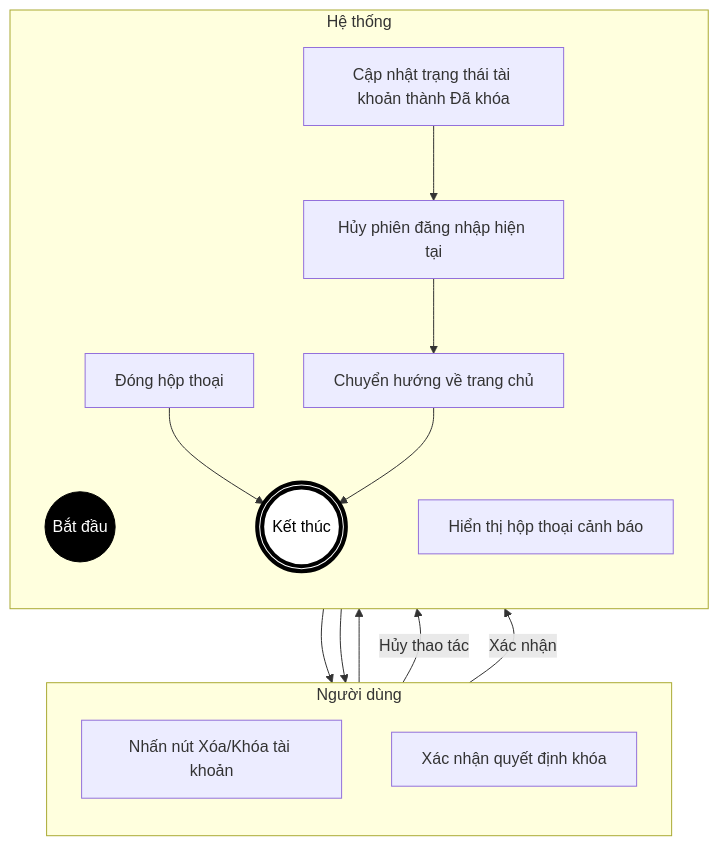
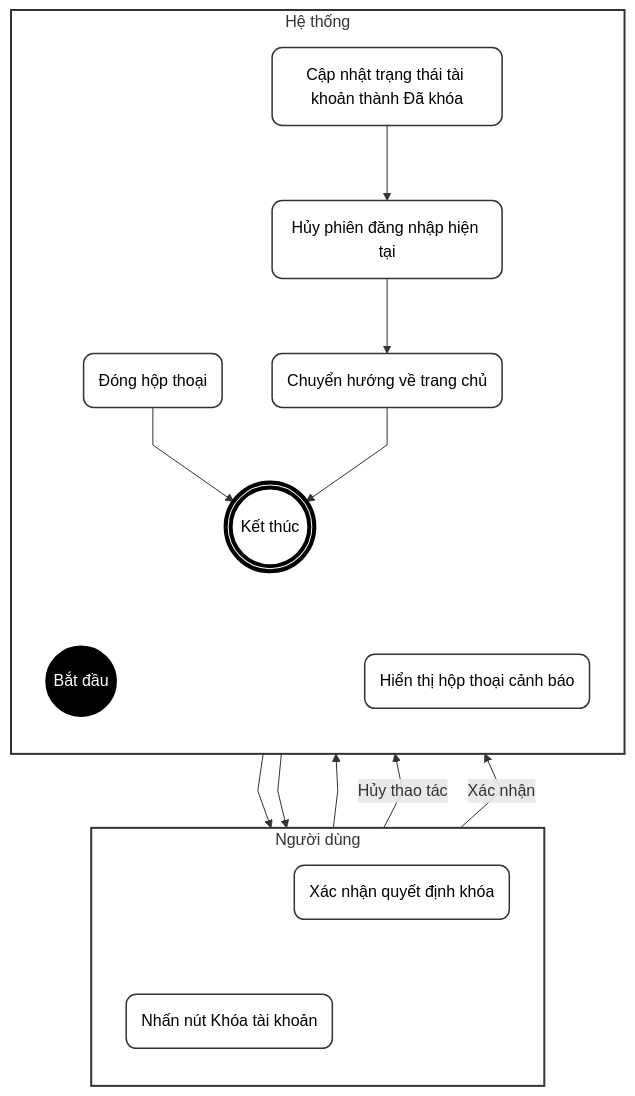
One commit to ChuDucAnh21/BE-quan-ly-su-kien changed the ninth of 9 diagrams in doc/system_analysis/activity diagram/08a_activity_auth_profile.md. Above: the diagram before and after it, drawn with Mermaid. The commit also changed other lines of this file and 26 other files, not shown here.

````diff
--- a/doc/system_analysis/activity diagram/08a_activity_auth_profile.md
+++ b/doc/system_analysis/activity diagram/08a_activity_auth_profile.md
@@ -420,33 +493,52 @@
 ```mermaid
+%%{init: {"flowchart": {"curve": "linear"}}}%%
 flowchart TD
+    classDef default fill:#fff,stroke:#333,stroke-width:1.5px,color:#000,rx:10px,ry:10px;
     classDef startNode fill:#000,stroke:#000,color:#fff;
     classDef endNode fill:#fff,stroke:#000,stroke-width:4px,color:#000;
+    classDef hidden fill:none,stroke:none,color:none;
 
     subgraph TacNhan [Người dùng]
         direction TB
-        A[Nhấn nút Xóa/Khóa tài khoản]
-        B[Xác nhận quyết định khóa]
+        T_start(" "):::hidden
+        A(Nhấn nút Khóa tài khoản)
+        B(Xác nhận quyết định khóa)
+        T_end(" "):::hidden
     end
 
     subgraph HeThong [Hệ thống]
         direction TB
+        H_start(" "):::hidden
         Start((Bắt đầu)):::startNode
-        C[Hiển thị hộp thoại cảnh báo]
-        D[Đóng hộp thoại]
-        E[Cập nhật trạng thái tài khoản thành Đã khóa]
-        F[Hủy phiên đăng nhập hiện tại]
-        G[Chuyển hướng về trang chủ]
+        C(Hiển thị hộp thoại cảnh báo)
+        D(Đóng hộp thoại)
+        E(Cập nhật trạng thái tài khoản thành Đã khóa)
+        F(Hủy phiên đăng nhập hiện tại)
+        G(Chuyển hướng về trang chủ)
         End(((Kết thúc))):::endNode
+        H_end(" "):::hidden
     end
+
+    T_start ~~~ H_start
+    T_end ~~~ H_end
+
+    T_start ~~~ A
+    B ~~~ T_end
+
+    H_start ~~~ Start
+    End ~~~ H_end
 
     Start --> A
     A --> C
     C --> B
     B -- Hủy thao tác --> D
     D --> End
-    
+
     B -- Xác nhận --> E
     E --> F
     F --> G
     G --> End
+
+    style TacNhan fill:#fff,stroke:#333,stroke-width:2px
+    style HeThong fill:#fff,stroke:#333,stroke-width:2px
 ```
````
